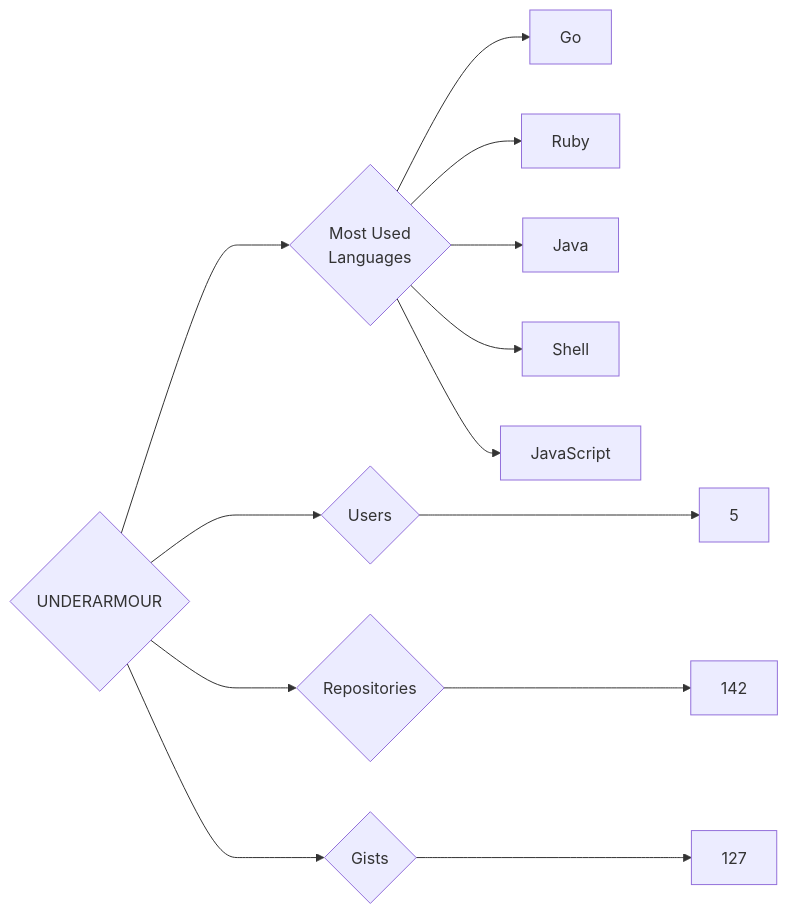
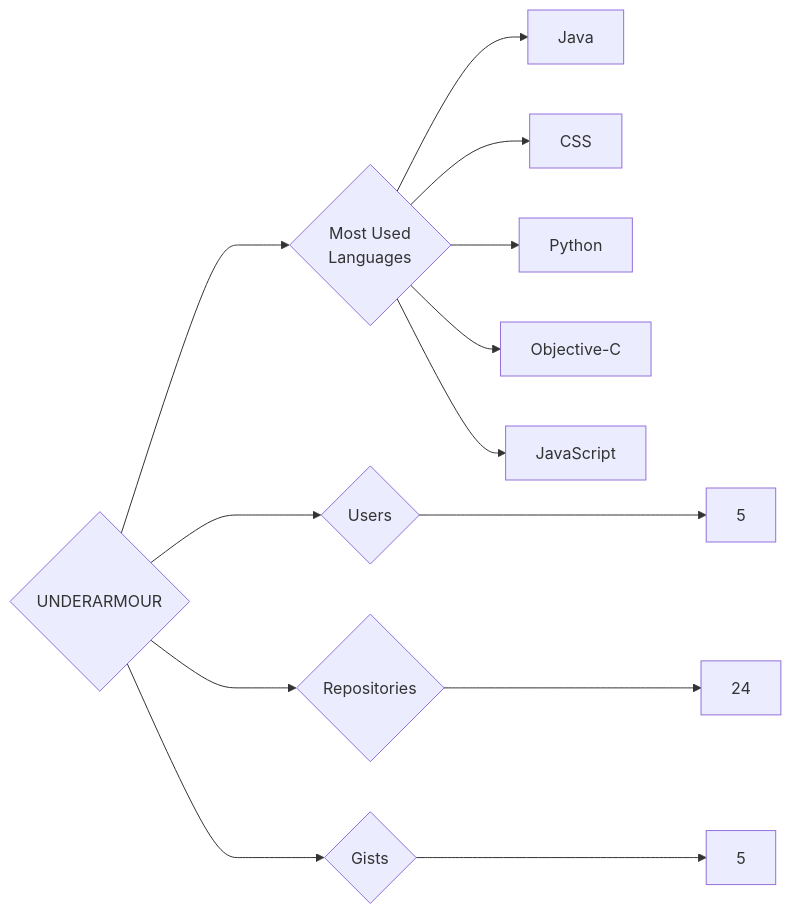
Before and after one commit to trickest/insiders: the diagram in targets/UNDERARMOUR/README.md, drawn with Mermaid. The commit also changed 1484 other files, not shown here.

````diff
--- a/targets/UNDERARMOUR/README.md
+++ b/targets/UNDERARMOUR/README.md
@@ -3,13 +3,13 @@
 ```mermaid
 graph LR
 COMPANY_NAME{UNDERARMOUR}
 COMPANY_NAME ---> U{Users} ---> UN[5]
-COMPANY_NAME ---> R{Repositories} ---> RN[142]
-COMPANY_NAME ---> G{Gists} ---> GN[127]
+COMPANY_NAME ---> R{Repositories} ---> RN[24]
+COMPANY_NAME ---> G{Gists} ---> GN[5]
 COMPANY_NAME ---> ML{Most Used<br>Languages}
-ML --> Go[Go]
-ML --> Ruby[Ruby]
 ML --> Java[Java]
-ML --> Shell[Shell]
+ML --> CSS[CSS]
+ML --> Python[Python]
+ML --> Objective-C[Objective-C]
 ML --> JavaScript[JavaScript]
 ```
````
